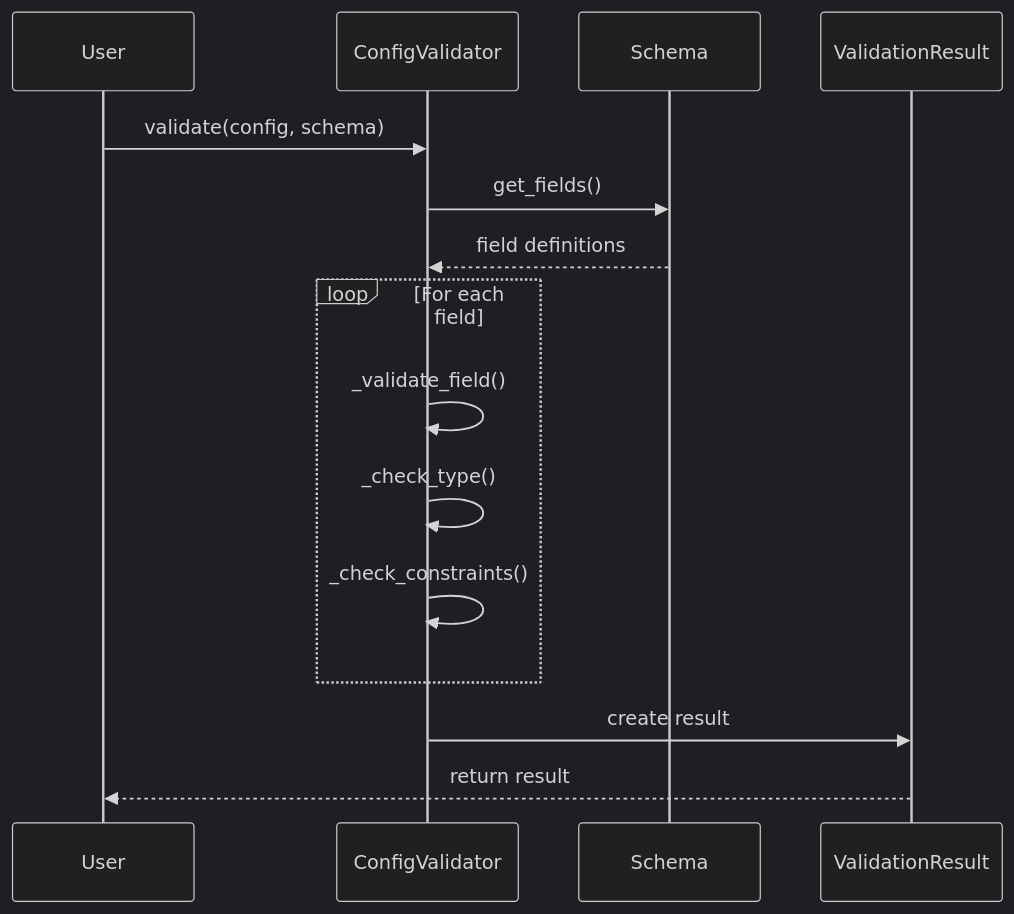
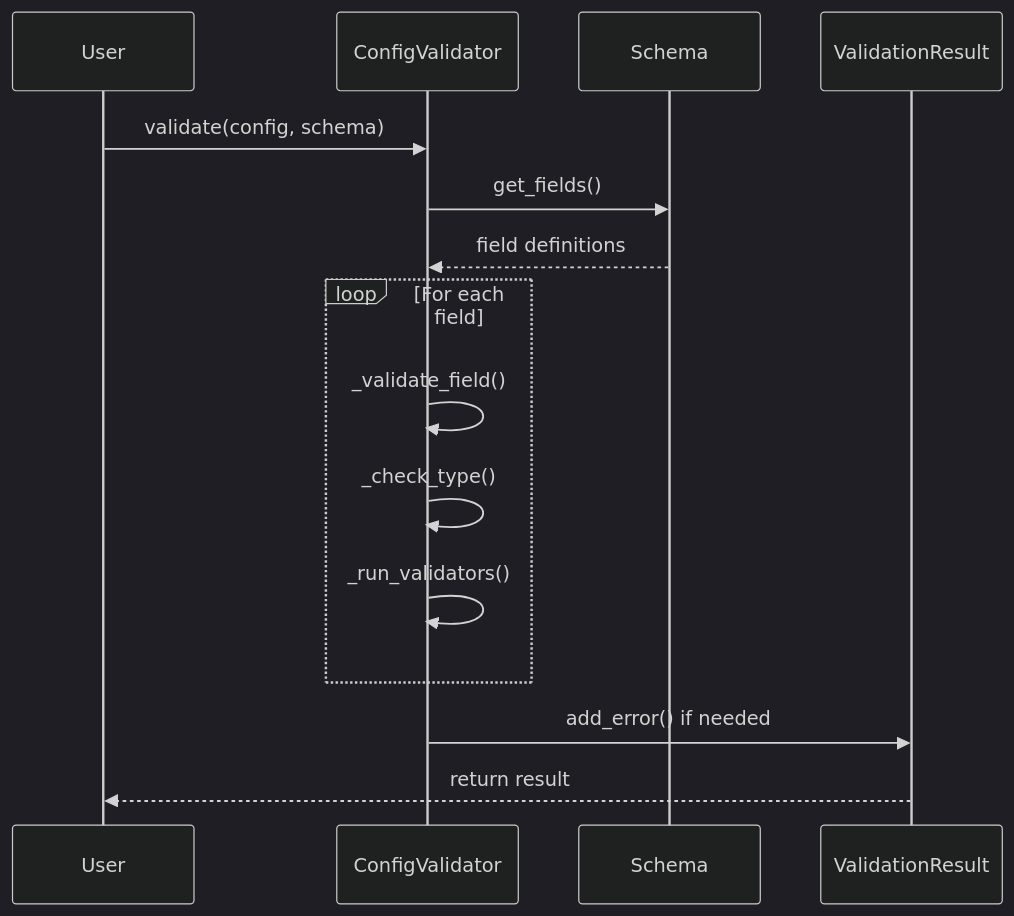
One commit to mplemay/belgie changed the second of 4 diagrams in design/000-design-example.md. Above: the diagram before and after it, drawn with Mermaid (dark theme). The commit also changed other lines of this file and 1 other file, not shown here.

````diff
--- a/design/000-design-example.md
+++ b/design/000-design-example.md
@@ -42,18 +43,18 @@
 ```mermaid
 sequenceDiagram
     participant User
     participant ConfigValidator
     participant Schema
     participant ValidationResult
 
     User->>ConfigValidator: validate(config, schema)
     ConfigValidator->>Schema: get_fields()
     Schema-->>ConfigValidator: field definitions
     loop For each field
         ConfigValidator->>ConfigValidator: _validate_field()
         ConfigValidator->>ConfigValidator: _check_type()
-        ConfigValidator->>ConfigValidator: _check_constraints()
+        ConfigValidator->>ConfigValidator: _run_validators()
     end
-    ConfigValidator->>ValidationResult: create result
+    ConfigValidator->>ValidationResult: add_error() if needed
     ValidationResult-->>User: return result
 ```
````
